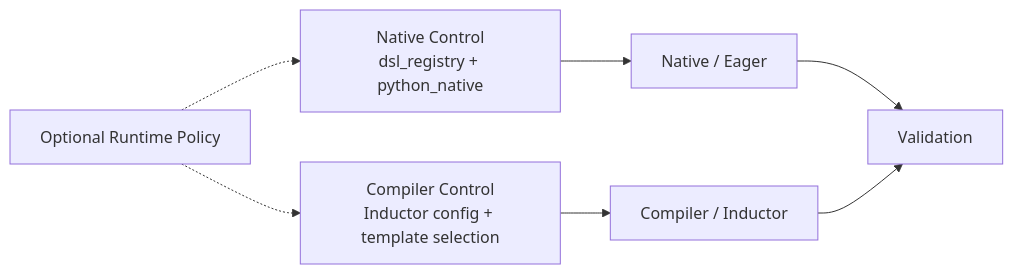
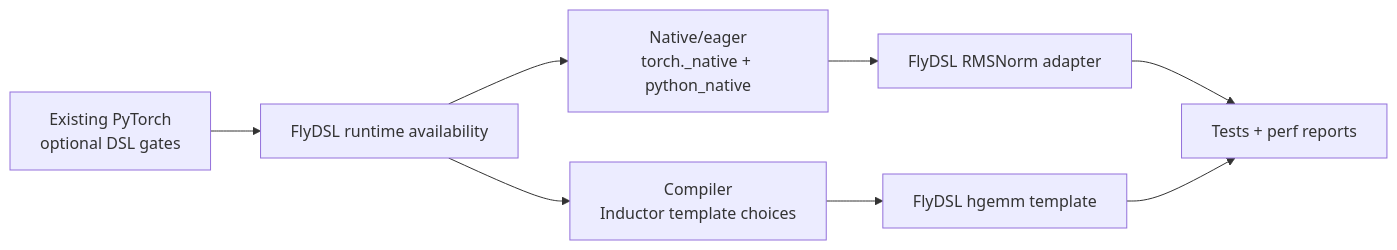
The first of 8 diagrams in docs/pytorch_integration_rfc.md (XiaobingSuper/FlyDSL), drawn with Mermaid before and after one commit. The commit also changed other lines of this file, not shown here.

````diff
--- a/docs/pytorch_integration_rfc.md
+++ b/docs/pytorch_integration_rfc.md
@@ -84,9 +140,10 @@
 ```mermaid
 flowchart LR
-    A["Native Control<br/>dsl_registry + python_native"] --> B["Native / Eager"]
-    C["Compiler Control<br/>Inductor config + template selection"] --> D["Compiler / Inductor"]
-    E["Optional Runtime Policy"] -.-> A
-    E -.-> C
-    B --> F["Validation"]
-    D --> F
+    A["Existing PyTorch<br/>optional DSL gates"] --> B["FlyDSL runtime availability"]
+    B --> C["Native/eager<br/>torch._native + python_native"]
+    B --> D["Compiler<br/>Inductor template choices"]
+    C --> E["FlyDSL RMSNorm adapter"]
+    D --> F["FlyDSL hgemm template"]
+    E --> G["Tests + perf reports"]
+    F --> G
 ```
````
